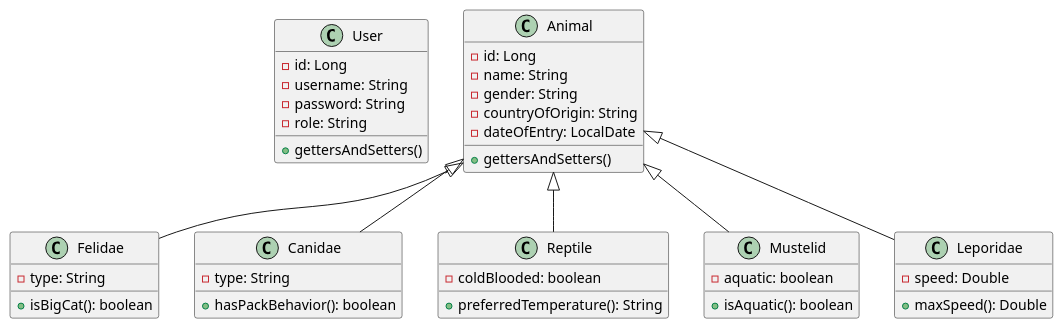
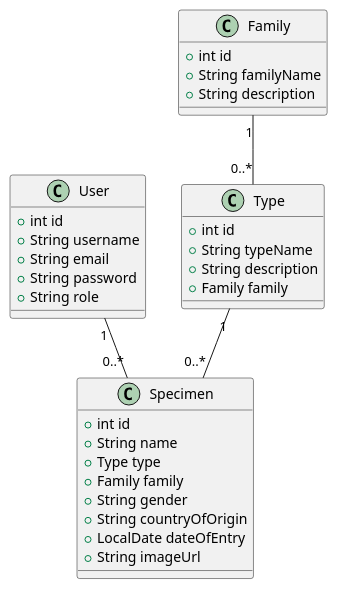
One commit to andreeaclmr/WildCare_API changed the diagram in src/diagram.puml. Above: the diagram before and after it, drawn with PlantUML. The commit also changed 3 other files, not shown here.

Commit message:
docs: edit Readme, add UML + ER Diagrams

```diff
--- a/src/diagram.puml
+++ b/src/diagram.puml
@@ -1,49 +1,37 @@
 @startuml
 class User {
-    - id: Long
-    - username: String
-    - password: String
-    - role: String
-    + gettersAndSetters()
+    + int id
+    + String username
+    + String email
+    + String password
+    + String role
 }
 
-class Animal {
-    - id: Long
-    - name: String
-    - gender: String
-    - countryOfOrigin: String
-    - dateOfEntry: LocalDate
-    + gettersAndSetters()
+class Family {
+    + int id
+    + String familyName
+    + String description
 }
 
-class Felidae {
-    - type: String
-    + isBigCat(): boolean
+class Type {
+    + int id
+    + String typeName
+    + String description
+    + Family family
 }
 
-class Canidae {
-    - type: String
-    + hasPackBehavior(): boolean
+class Specimen {
+    + int id
+    + String name
+    + Type type
+    + Family family
+    + String gender
+    + String countryOfOrigin
+    + LocalDate dateOfEntry
+    + String imageUrl
 }
 
-class Reptile {
-    - coldBlooded: boolean
-    + preferredTemperature(): String
-}
-
-class Mustelid {
-    - aquatic: boolean
-    + isAquatic(): boolean
-}
-
-class Leporidae {
-    - speed: Double
-    + maxSpeed(): Double
-}
-
-Animal <|-- Felidae
-Animal <|-- Canidae
-Animal <|-- Reptile
-Animal <|-- Mustelid
-Animal <|-- Leporidae
+User "1" -- "0..*" Specimen
+Family "1" -- "0..*" Type
+Type "1" -- "0..*" Specimen
 @enduml
```
